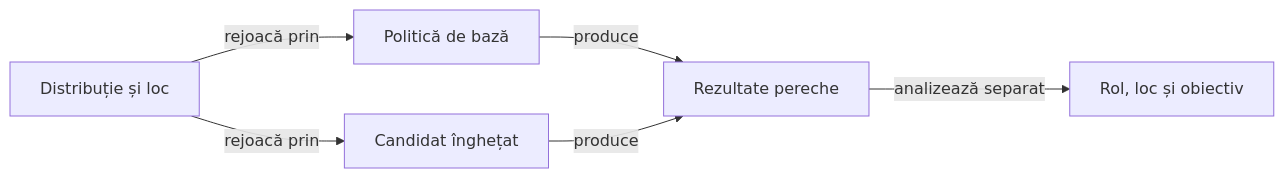
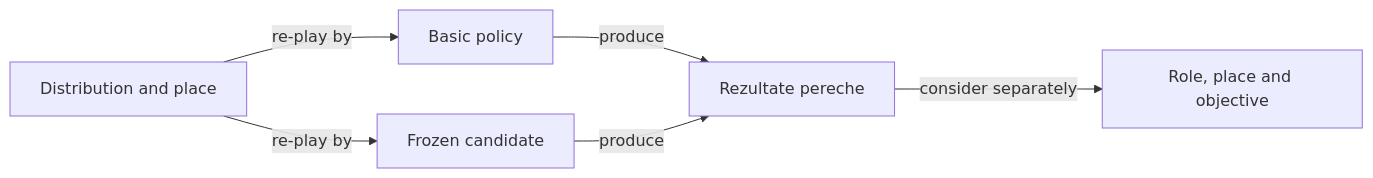
One commit to crististefanita/atf_j4 changed the diagram in docs/learning/ATF_Arena.md. Above: the diagram before and after it, drawn with Mermaid. The commit also changed other lines of this file and 122 other files, not shown here.

````diff
--- a/docs/learning/ATF_Arena.md
+++ b/docs/learning/ATF_Arena.md
@@ -9,8 +9,8 @@
 ```mermaid
 flowchart LR
-    DEAL[Distribuție și loc] -->|rejoacă prin| BASE[Politică de bază]
-    DEAL -->|rejoacă prin| CAND[Candidat înghețat]
+    DEAL[Distribution and place] -->|re-play by| BASE[Basic policy]
+    DEAL -->|re-play by| CAND[Frozen candidate]
     BASE -->|produce| PAIR[Rezultate pereche]
     CAND -->|produce| PAIR
-    PAIR -->|analizează separat| REVIEW[Rol, loc și obiectiv]
+    PAIR -->|consider separately| REVIEW[Role, place and objective]
 ```
````
